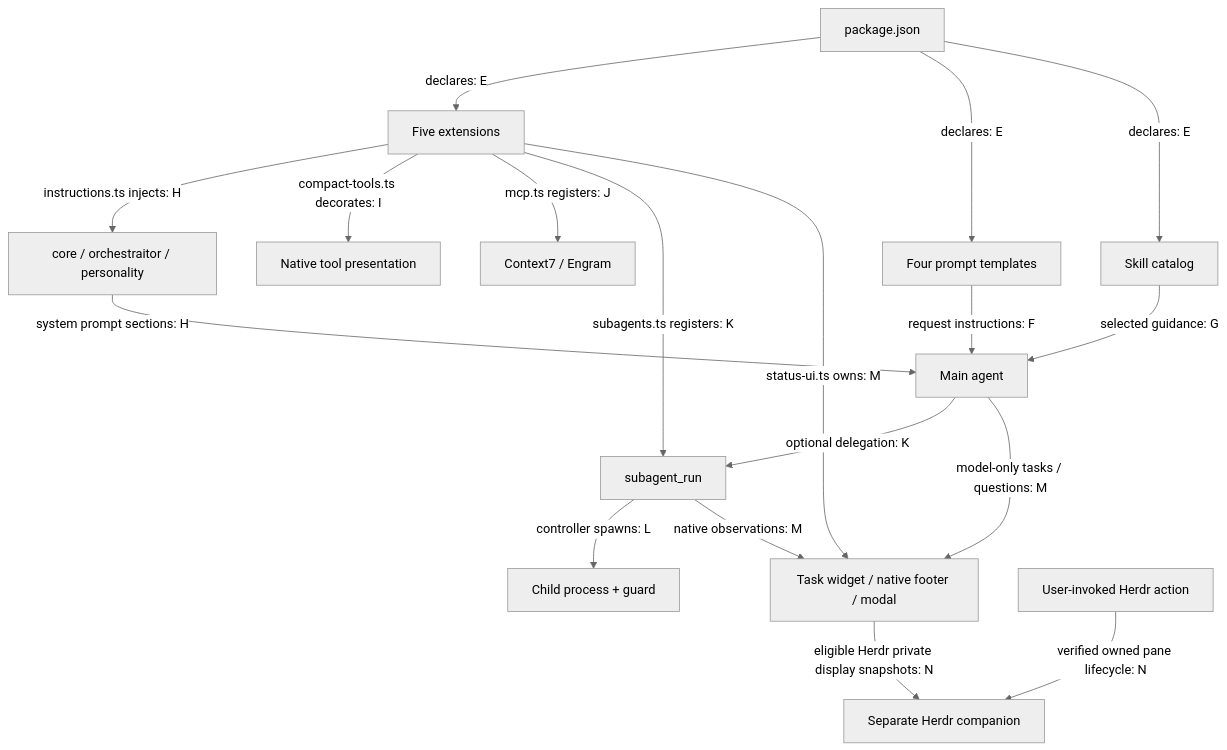
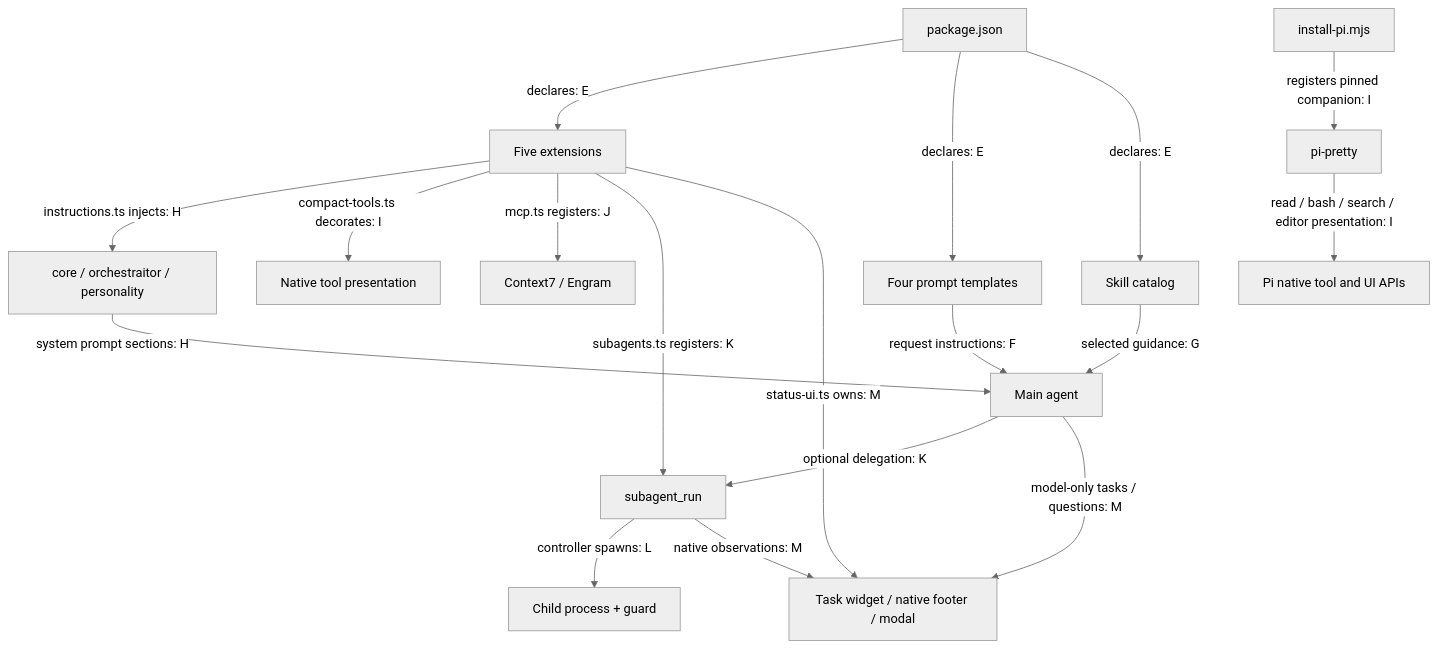
Before and after one commit to andresnator/pi-orchestraitor: the second of 2 diagrams in docs/architecture/index.md, drawn with Mermaid (neutral theme). The commit also changed other lines of this file and 117 other files, not shown here.

````diff
--- a/docs/architecture/index.md
+++ b/docs/architecture/index.md
@@ -37,20 +37,20 @@
 ```mermaid
 flowchart TB
   M[package.json] -->|declares: E| X[Five extensions]
   M -->|declares: E| P[Four prompt templates]
   M -->|declares: E| S[Skill catalog]
   P -->|request instructions: F| A[Main agent]
   S -->|selected guidance: G| A
   X -->|instructions.ts injects: H| I[core / orchestraitor / personality]
   I -->|system prompt sections: H| A
   X -->|compact-tools.ts decorates: I| T[Native tool presentation]
+  INS[install-pi.mjs] -->|registers pinned companion: I| PP[pi-pretty]
+  PP -->|read / bash / search / editor presentation: I| PUI[Pi native tool and UI APIs]
   X -->|mcp.ts registers: J| MCP[Context7 / Engram]
   X -->|subagents.ts registers: K| SR[subagent_run]
   A -->|optional delegation: K| SR
   SR -->|controller spawns: L| CH[Child process + guard]
   X -->|status-ui.ts owns: M| UI[Task widget / native footer / modal]
   SR -->|native observations: M| UI
   A -->|model-only tasks / questions: M| UI
-  UI -->|eligible Herdr private display snapshots: N| WB[Separate Herdr companion]
-  HA[User-invoked Herdr action] -->|verified owned pane lifecycle: N| WB
 ```
````
